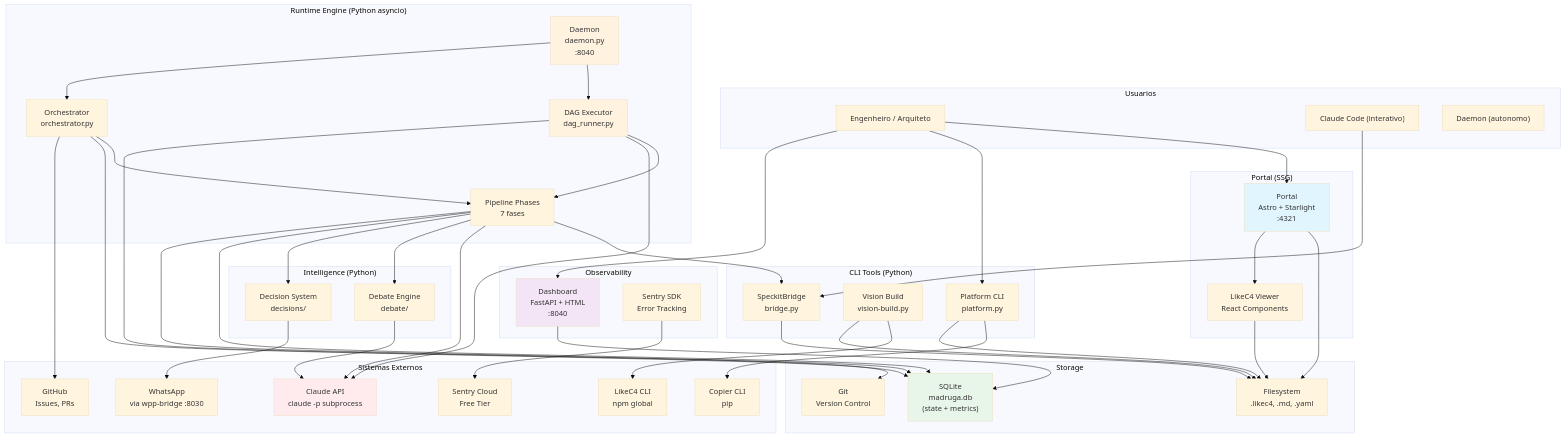
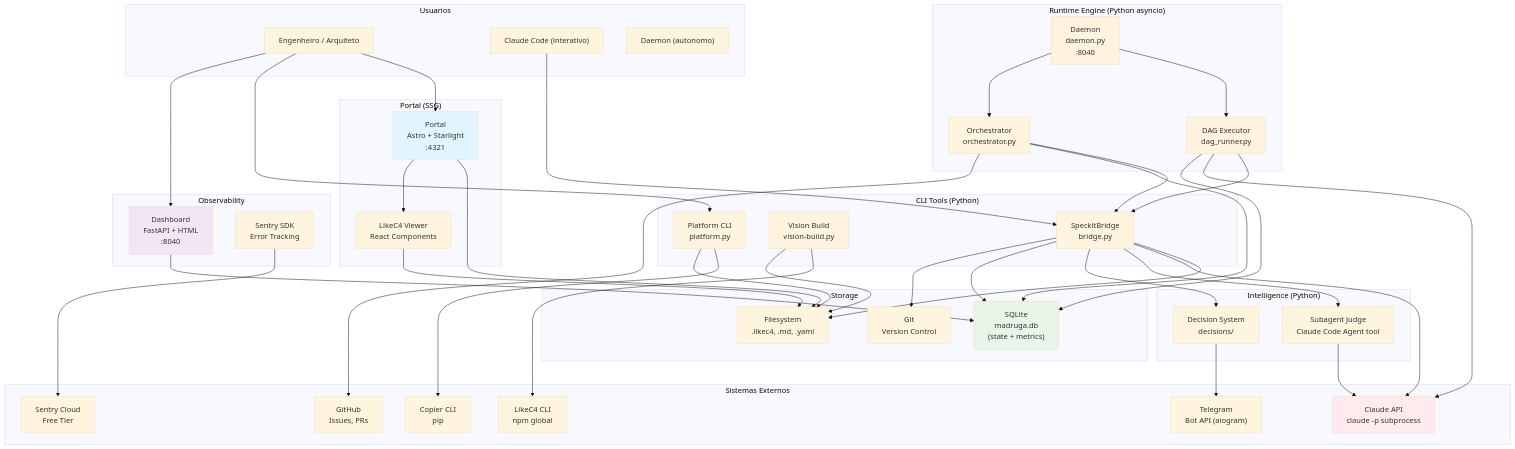
Before and after one commit to paceautomations/madruga.ai: the diagram in platforms/madruga-ai/engineering/containers.md, drawn with Mermaid (base theme). The commit also changed other lines of this file and 74 other files, not shown here.

First line of the commit message:
feat: epic-breakdown, roadmap expansion, skills hardening, portal polish, new ADRs 018-019

```diff
--- a/platforms/madruga-ai/engineering/containers.md
+++ b/platforms/madruga-ai/engineering/containers.md
@@ -31,11 +31,10 @@
         daemon["Daemon<br/>daemon.py<br/>:8040"]
         dag_executor["DAG Executor<br/>dag_runner.py"]
         orchestrator["Orchestrator<br/>orchestrator.py"]
-        pipeline["Pipeline Phases<br/>7 fases"]
     end
 
     subgraph intelligence["Intelligence (Python)"]
-        debate["Debate Engine<br/>debate/"]
+        judge["Subagent Judge<br/>Claude Code Agent tool"]
         decisions["Decision System<br/>decisions/"]
     end
 
@@ -53,7 +52,7 @@
     subgraph external["Sistemas Externos"]
         claude_api["Claude API<br/>claude -p subprocess"]
         github["GitHub<br/>Issues, PRs"]
-        whatsapp["WhatsApp<br/>via wpp-bridge :8030"]
+        telegram["Telegram<br/>Bot API (aiogram)"]
         likec4_cli["LikeC4 CLI<br/>npm global"]
         copier_cli["Copier CLI<br/>pip"]
         sentry_cloud["Sentry Cloud<br/>Free Tier"]
@@ -76,25 +75,24 @@
 
     daemon --> dag_executor
     daemon --> orchestrator
-    dag_executor --> pipeline
+    dag_executor --> speckit_bridge
     dag_executor --> claude_api
-    orchestrator --> pipeline
-    pipeline --> speckit_bridge
-    pipeline --> claude_api
-    pipeline --> debate
-    pipeline --> decisions
+    orchestrator --> speckit_bridge
+    speckit_bridge --> claude_api
+    speckit_bridge --> judge
+    speckit_bridge --> decisions
 
-    debate --> claude_api
-    decisions --> whatsapp
+    judge --> claude_api
+    decisions --> telegram
 
     orchestrator --> sqlite
     dag_executor --> sqlite
-    pipeline --> sqlite
+    speckit_bridge --> sqlite
     dashboard --> sqlite
     sentry_sdk --> sentry_cloud
 
     orchestrator --> github
-    pipeline --> git
+    speckit_bridge --> git
 
     style portal fill:#E1F5FE
     style daemon fill:#FFF3E0
```
